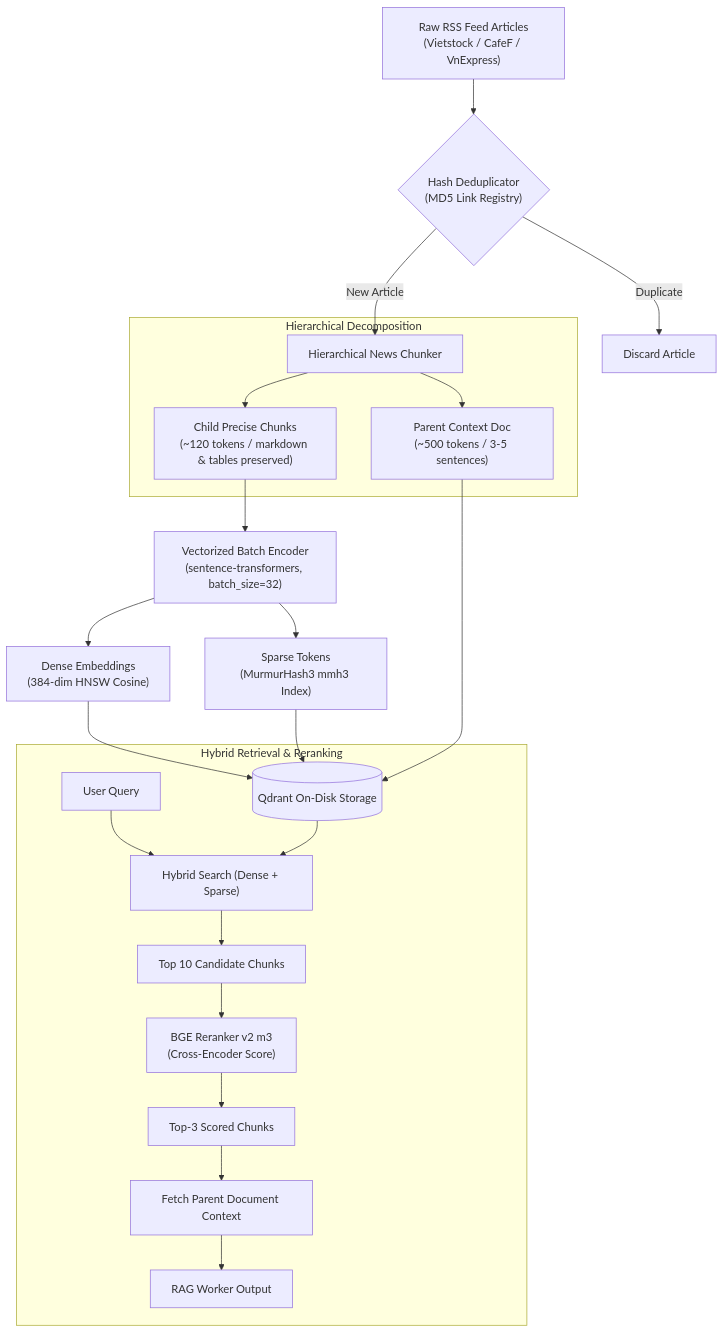
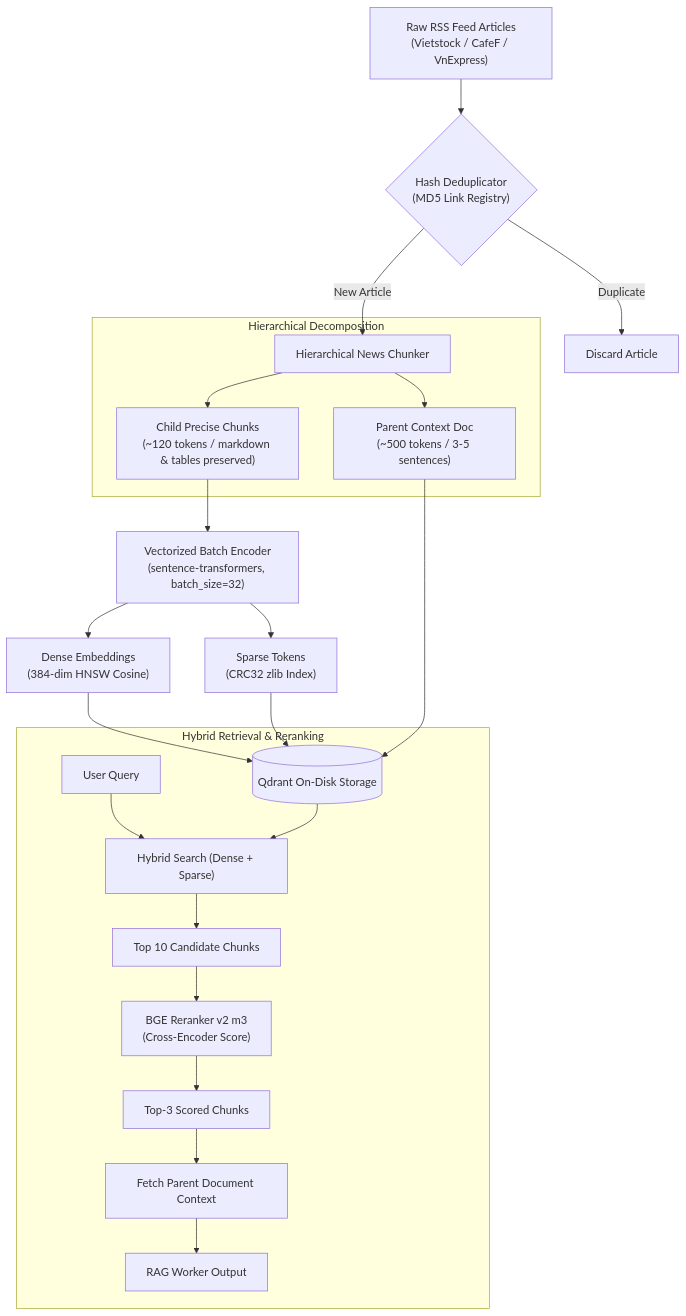
Before and after one commit to hovngnvm/financial-data-agent-system: the second of 2 diagrams in README.md, drawn with Mermaid. The commit also changed other lines of this file and 3 other files, not shown here.

````diff
--- a/README.md
+++ b/README.md
@@ -125,29 +125,29 @@
 ```mermaid
 flowchart TD
     raw_news["Raw RSS Feed Articles<br/>(Vietstock / CafeF / VnExpress)"] --> hash_check{"Hash Deduplicator<br/>(MD5 Link Registry)"}
     hash_check -->|New Article| chunker["Hierarchical News Chunker"]
     hash_check -->|Duplicate| discard["Discard Article"]
 
     subgraph Chunking [Hierarchical Decomposition]
         chunker --> parent["Parent Context Doc<br/>(~500 tokens / 3-5 sentences)"]
         chunker --> child["Child Precise Chunks<br/>(~120 tokens / markdown & tables preserved)"]
     end
 
     child --> batch_enc["Vectorized Batch Encoder<br/>(sentence-transformers, batch_size=32)"]
     batch_enc --> dense_vec["Dense Embeddings<br/>(384-dim HNSW Cosine)"]
-    batch_enc --> sparse_vec["Sparse Tokens<br/>(MurmurHash3 mmh3 Index)"]
+    batch_enc --> sparse_vec["Sparse Tokens<br/>(CRC32 zlib Index)"]
 
     dense_vec --> qdrant_store[("Qdrant On-Disk Storage")]
     sparse_vec --> qdrant_store
     parent --> qdrant_store
 
     subgraph QueryFlow [Hybrid Retrieval & Reranking]
         query["User Query"] --> qdrant_search["Hybrid Search (Dense + Sparse)"]
         qdrant_store --> qdrant_search
         qdrant_search --> candidates["Top 10 Candidate Chunks"]
         candidates --> cross_enc["BGE Reranker v2 m3<br/>(Cross-Encoder Score)"]
         cross_enc --> top_k["Top-3 Scored Chunks"]
         top_k --> retrieve_parent["Fetch Parent Document Context"]
         retrieve_parent --> rag_agent["RAG Worker Output"]
     end
 ```
````
